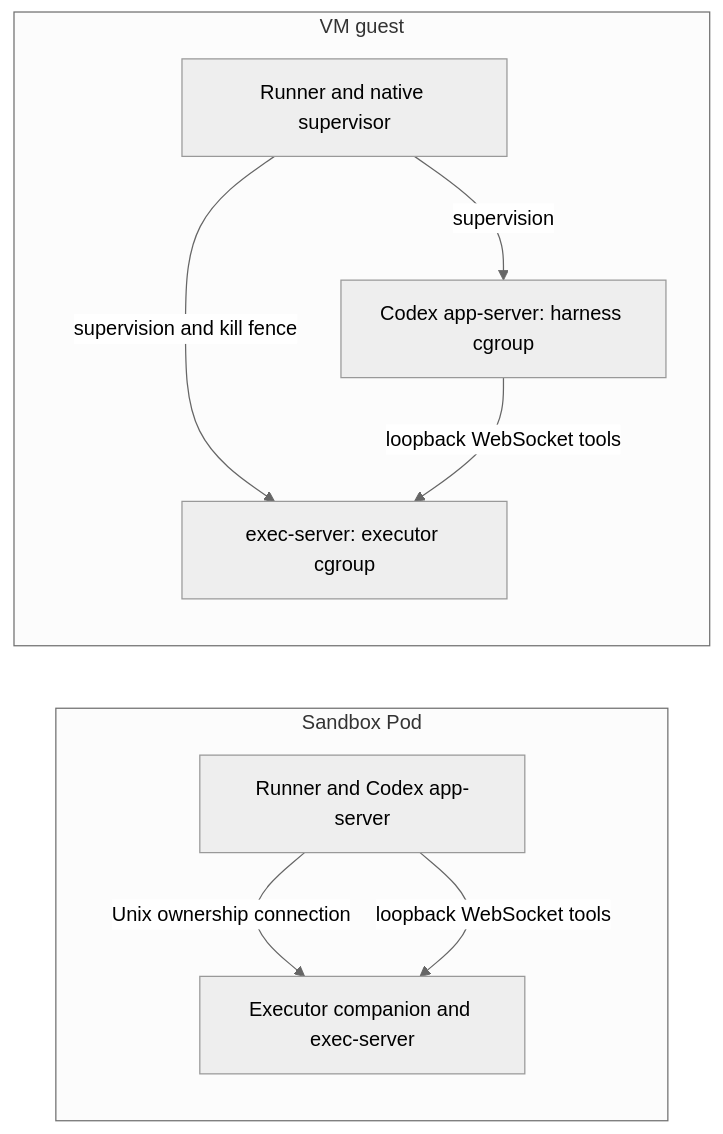
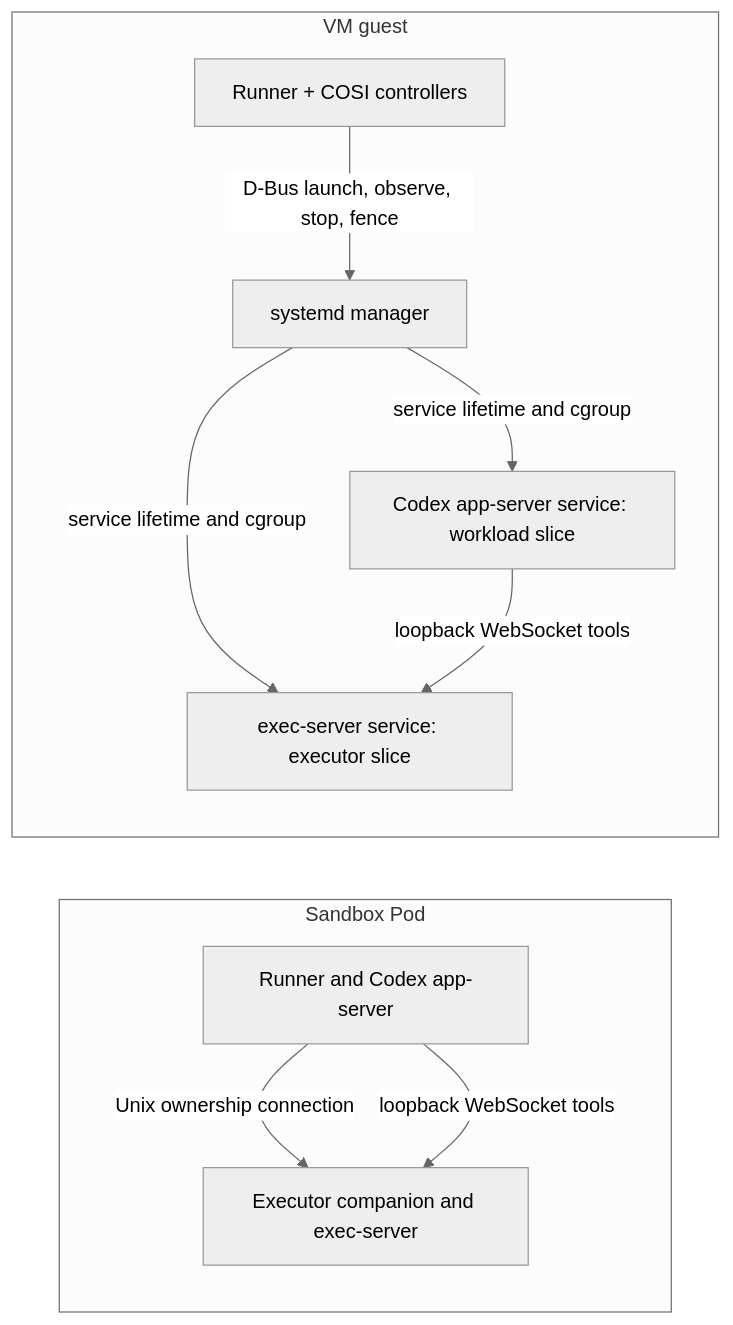
Before and after one commit to agentydragon/ducktape: the third of 7 diagrams in agentplane/docs/system_overview.md, drawn with Mermaid (neutral theme). The commit also changed other lines of this file and 71 other files, not shown here.

Commit message:
Supervise VM runner native processes through systemd

````diff
--- a/agentplane/docs/system_overview.md
+++ b/agentplane/docs/system_overview.md
@@ -58,17 +58,19 @@
 ```mermaid
 flowchart LR
     subgraph pod[Sandbox Pod]
         runner[Runner and Codex app-server]
         exec[Executor companion and exec-server]
         runner -->|Unix ownership connection| exec
         runner -->|loopback WebSocket tools| exec
     end
     subgraph vm[VM guest]
-        guest[Runner and native supervisor]
-        harness[Codex app-server: harness cgroup]
-        vmexec[exec-server: executor cgroup]
-        guest -->|supervision and kill fence| vmexec
-        guest -->|supervision| harness
+        guest[Runner + COSI controllers]
+        manager[systemd manager]
+        harness[Codex app-server service: workload slice]
+        vmexec[exec-server service: executor slice]
+        guest -->|D-Bus launch, observe, stop, fence| manager
+        manager -->|service lifetime and cgroup| vmexec
+        manager -->|service lifetime and cgroup| harness
         harness -->|loopback WebSocket tools| vmexec
     end
 ```
````
